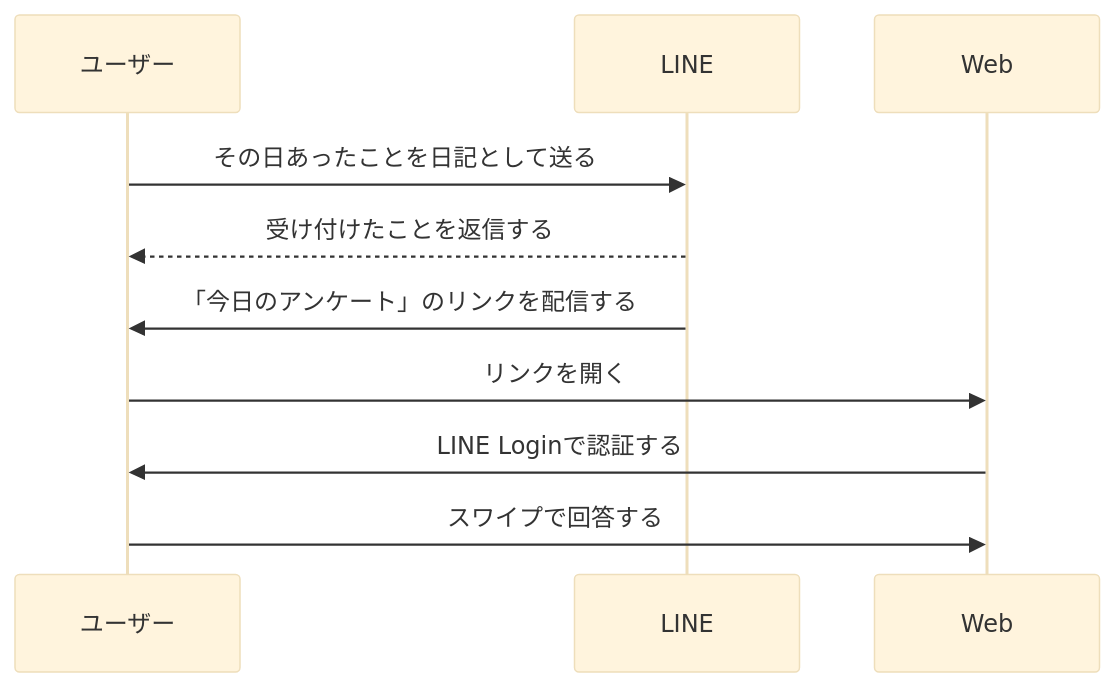
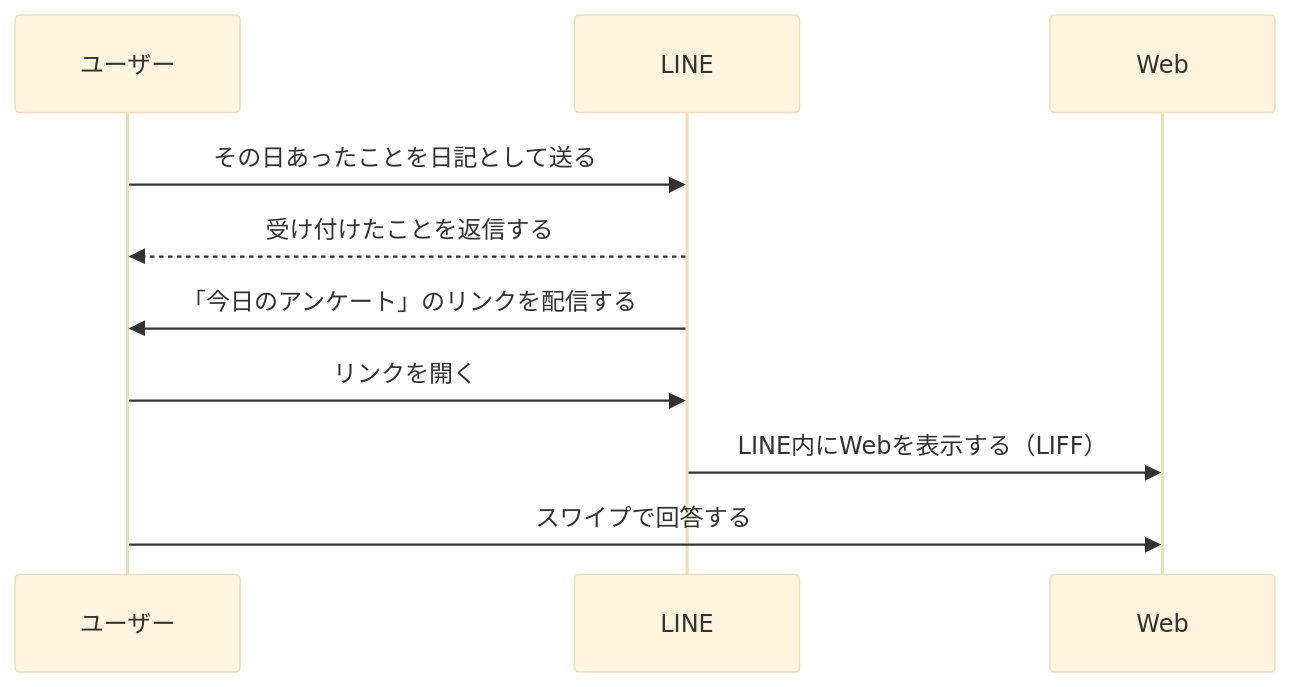
The second of 3 diagrams in docs/project-overview.md (kkyosuke/me-builder), drawn with Mermaid (base theme) before and after one commit. The commit also changed other lines of this file and 30 other files, not shown here.

````diff
--- a/docs/project-overview.md
+++ b/docs/project-overview.md
@@ -109,12 +109,12 @@
 ```mermaid
 sequenceDiagram
     participant U as ユーザー
     participant L as LINE
     participant W as Web
     U->>L: その日あったことを日記として送る
     L-->>U: 受け付けたことを返信する
     L->>U: 「今日のアンケート」のリンクを配信する
-    U->>W: リンクを開く
-    W->>U: LINE Loginで認証する
+    U->>L: リンクを開く
+    L->>W: LINE内にWebを表示する（LIFF）
     U->>W: スワイプで回答する
 ```
````
